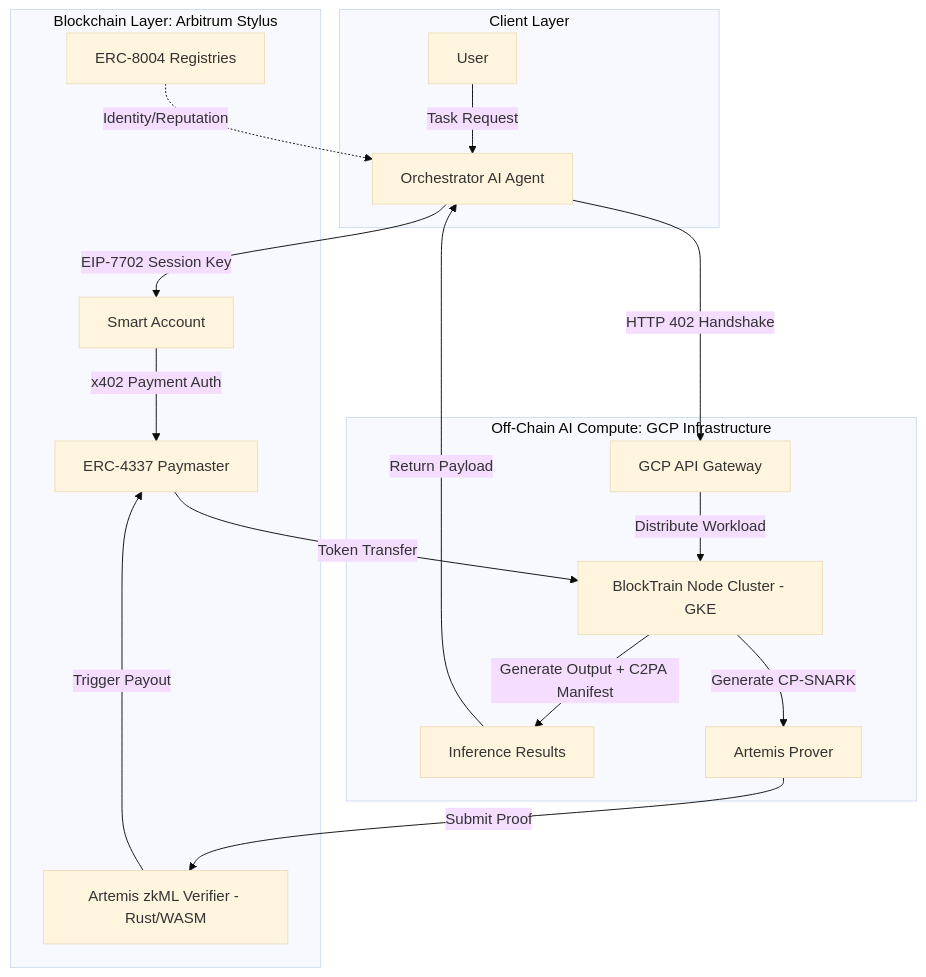
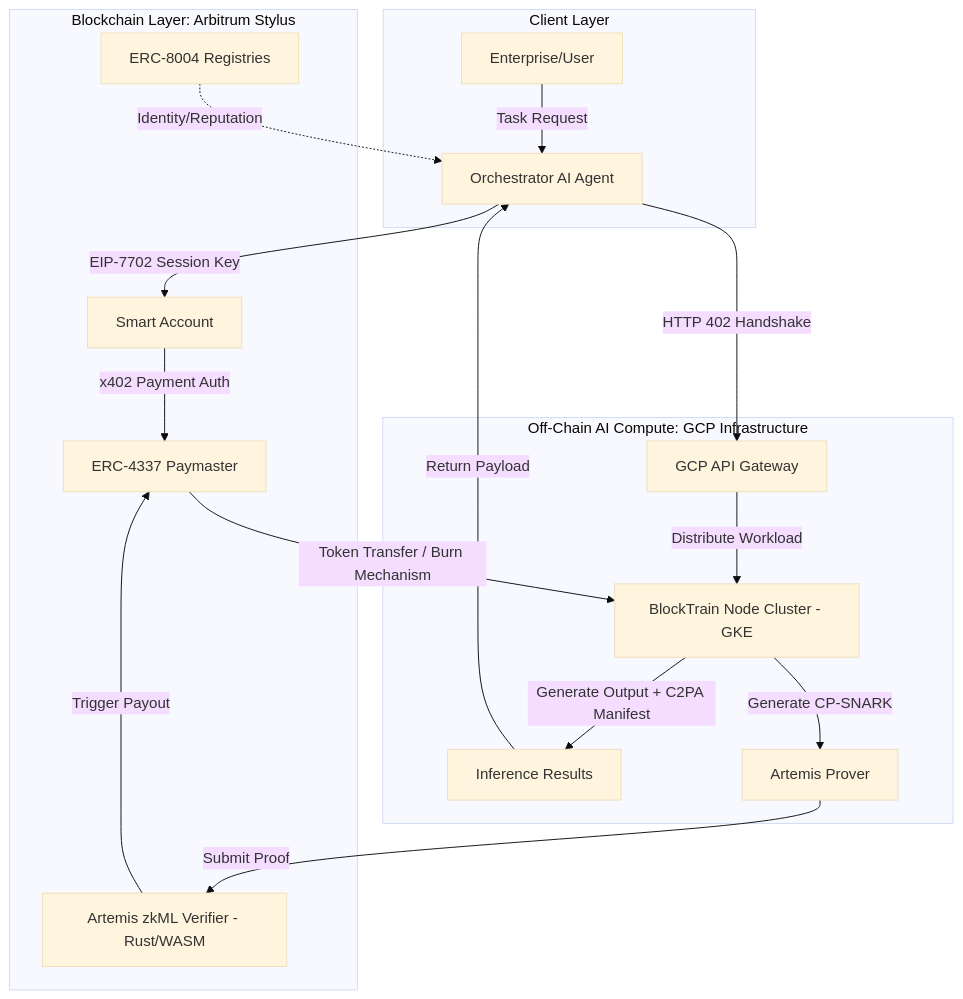
Before and after one commit to vikastiwari/DePIN-Agent-Economy: the diagram in docs/ARCHITECTURE.md, drawn with Mermaid (base theme). The commit also changed other lines of this file and 5 other files, not shown here.

Commit message:
docs: Update architecture and roadmap based on Deep Research

````diff
--- a/docs/ARCHITECTURE.md
+++ b/docs/ARCHITECTURE.md
@@ -23,25 +29,25 @@
 ```mermaid
 graph TD
     subgraph Client Layer
-        U[User] -->|Task Request| A[Orchestrator AI Agent]
+        U[Enterprise/User] -->|Task Request| A[Orchestrator AI Agent]
     end
 
     subgraph Blockchain Layer: Arbitrum Stylus
         A -->|EIP-7702 Session Key| SA[Smart Account]
         SA -->|x402 Payment Auth| PM[ERC-4337 Paymaster]
         REG[ERC-8004 Registries] -.->|Identity/Reputation| A
         VC[Artemis zkML Verifier - Rust/WASM]
     end
 
     subgraph Off-Chain AI Compute: GCP Infrastructure
         A -->|HTTP 402 Handshake| G_API[GCP API Gateway]
         G_API -->|Distribute Workload| BT[BlockTrain Node Cluster - GKE]
         BT -->|Generate Output + C2PA Manifest| RES[Inference Results]
         BT -->|Generate CP-SNARK| PRF[Artemis Prover]
     end
 
     RES -->|Return Payload| A
     PRF -->|Submit Proof| VC
     VC -->|Trigger Payout| PM
-    PM -->|Token Transfer| BT
+    PM -->|Token Transfer / Burn Mechanism| BT
 ```
````
